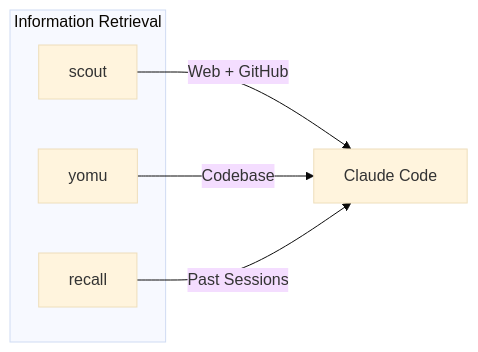
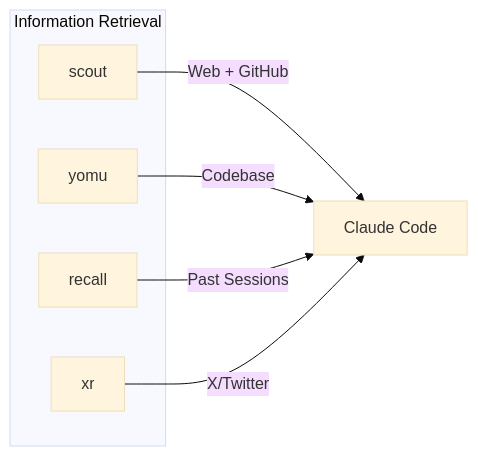
Before and after one commit to thkt/dotclaude: the diagram in docs/CLI_TOOLS.md, drawn with Mermaid (base theme). The commit also changed other lines of this file and 24 other files, not shown here.

````diff
--- a/docs/CLI_TOOLS.md
+++ b/docs/CLI_TOOLS.md
@@ -14,12 +14,14 @@
 ```mermaid
 graph LR
     subgraph Search["Information Retrieval"]
         SC[scout]
         YO[yomu]
         RE[recall]
+        XR[xr]
     end
 
     SC -->|Web + GitHub| AI[Claude Code]
     YO -->|Codebase| AI
     RE -->|Past Sessions| AI
+    XR -->|X/Twitter| AI
 ```
````
